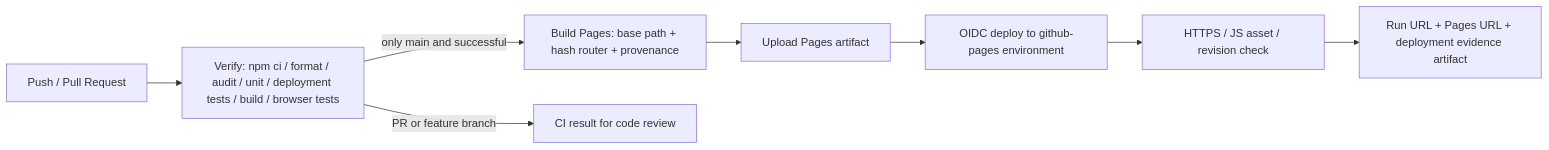
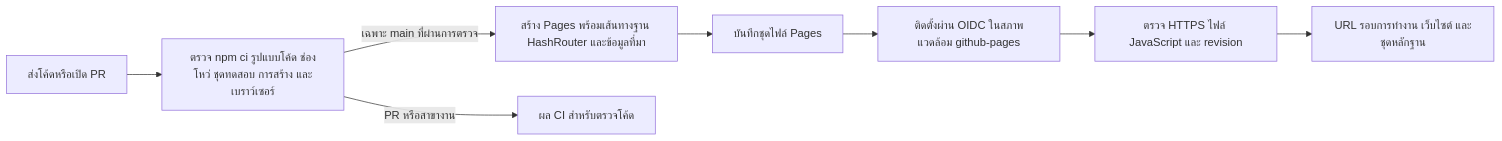
Before and after one commit to Pootanapat/smart-campus-booking: the diagram in docs/deployment-and-ci-cd.md, drawn with Mermaid. The commit also changed 2 other files, not shown here.

Commit message:
docs(i18n): แปลป้ายอธิบายในแผนภาพเป็นภาษาไทย

````diff
--- a/docs/deployment-and-ci-cd.md
+++ b/docs/deployment-and-ci-cd.md
@@ -51,10 +51,10 @@
 ```mermaid
 flowchart LR
-  PUSH[Push / Pull Request] --> VERIFY[Verify: npm ci / format / audit / unit / deployment tests / build / browser tests]
-  VERIFY -->|only main and successful| BUILD[Build Pages: base path + hash router + provenance]
-  BUILD --> ART[Upload Pages artifact]
-  ART --> CD[OIDC deploy to github-pages environment]
-  CD --> SMOKE[HTTPS / JS asset / revision check]
-  SMOKE --> EVIDENCE[Run URL + Pages URL + deployment evidence artifact]
-  VERIFY -->|PR or feature branch| REVIEW[CI result for code review]
+  PUSH[ส่งโค้ดหรือเปิด PR] --> VERIFY[ตรวจ npm ci รูปแบบโค้ด ช่องโหว่ ชุดทดสอบ การสร้าง และเบราว์เซอร์]
+  VERIFY -->|เฉพาะ main ที่ผ่านการตรวจ| BUILD[สร้าง Pages พร้อมเส้นทางฐาน HashRouter และข้อมูลที่มา]
+  BUILD --> ART[บันทึกชุดไฟล์ Pages]
+  ART --> CD[ติดตั้งผ่าน OIDC ในสภาพแวดล้อม github-pages]
+  CD --> SMOKE[ตรวจ HTTPS ไฟล์ JavaScript และ revision]
+  SMOKE --> EVIDENCE[URL รอบการทำงาน เว็บไซต์ และชุดหลักฐาน]
+  VERIFY -->|PR หรือสาขางาน| REVIEW[ผล CI สำหรับตรวจโค้ด]
 ```
````
